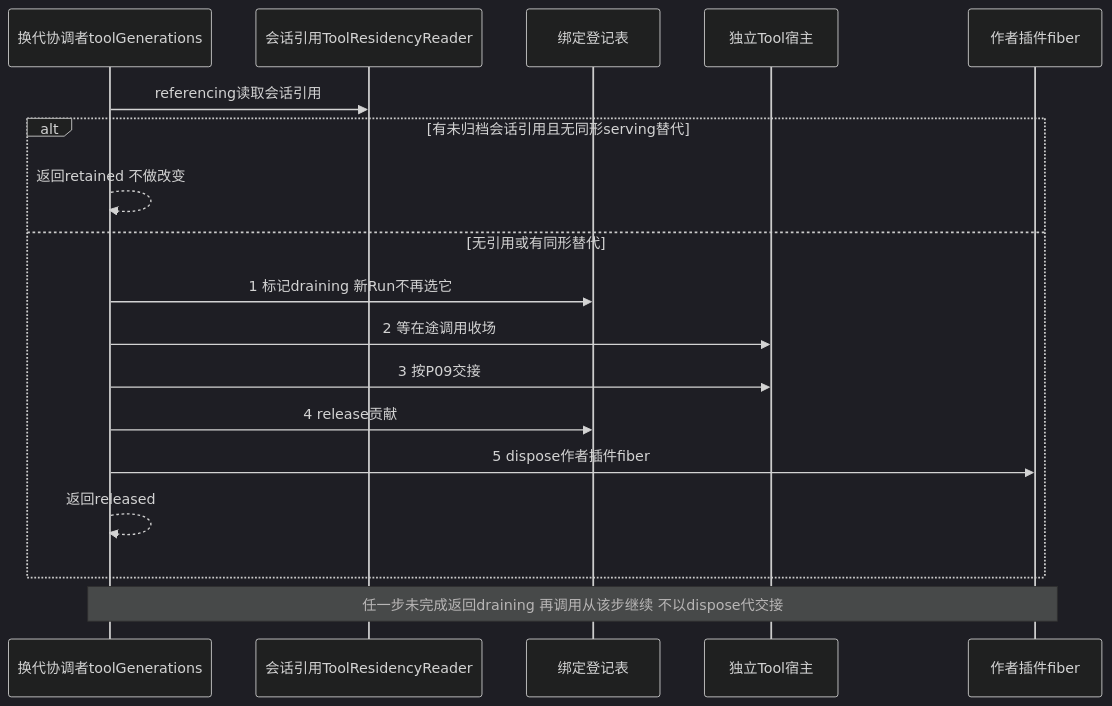
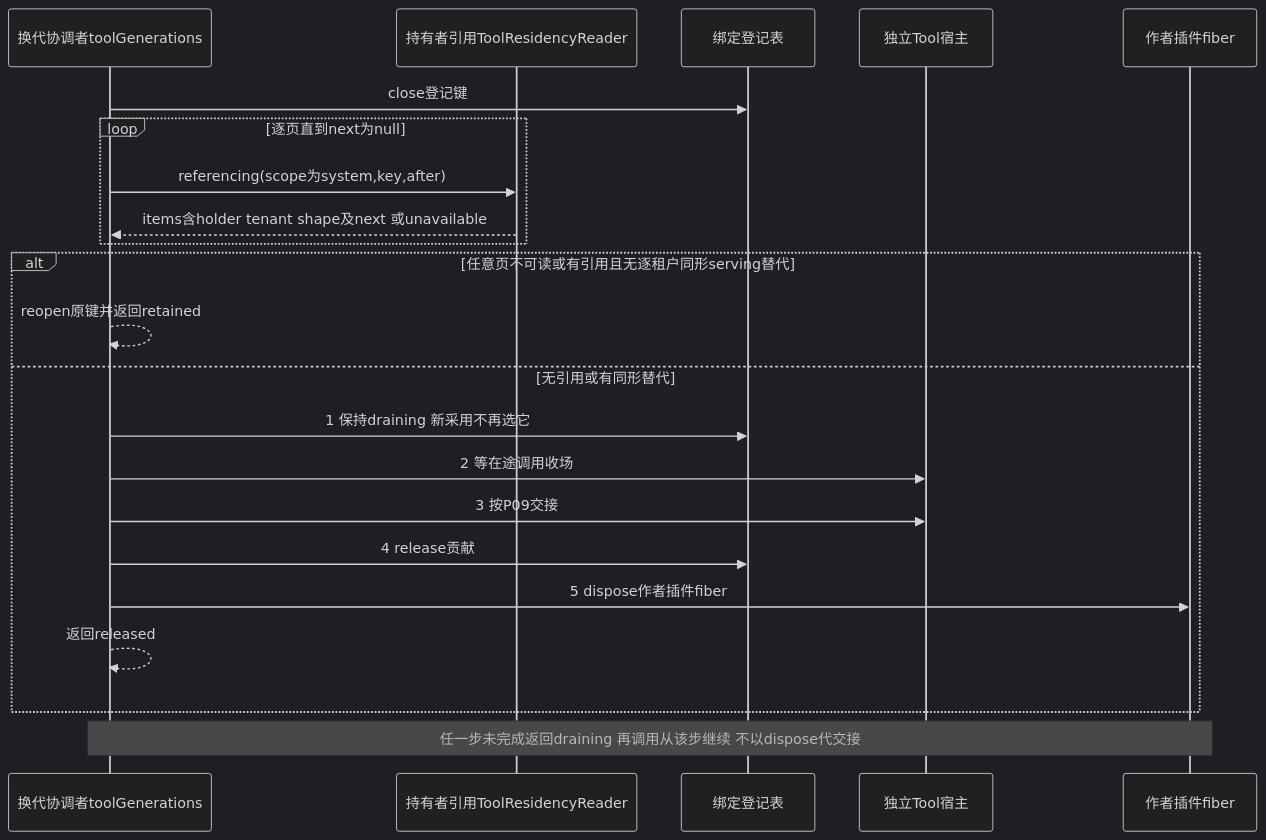
Before and after one commit to nemori-ai/omne-harness-lite: the diagram in packages/tool/tool-host-local/docs/cordis.md, drawn with Mermaid (dark theme). The commit also changed other lines of this file and 10 other files, not shown here.

````diff
--- a/packages/tool/tool-host-local/docs/cordis.md
+++ b/packages/tool/tool-host-local/docs/cordis.md
@@ -63,20 +63,24 @@
 ```mermaid
 sequenceDiagram
     participant G as 换代协调者toolGenerations
-    participant R as 会话引用ToolResidencyReader
+    participant R as 持有者引用ToolResidencyReader
     participant B as 绑定登记表
     participant H as 独立Tool宿主
     participant F as 作者插件fiber
-    G->>R: referencing读取会话引用
-    alt 有未归档会话引用且无同形serving替代
-        G-->>G: 返回retained 不做改变
+    G->>B: close登记键
+    loop 逐页直到next为null
+        G->>R: referencing(scope为system,key,after)
+        R-->>G: items含holder tenant shape及next 或unavailable
+    end
+    alt 任意页不可读或有引用且无逐租户同形serving替代
+        G-->>G: reopen原键并返回retained
     else 无引用或有同形替代
-        G->>B: 1 标记draining 新Run不再选它
+        G->>B: 1 保持draining 新采用不再选它
         G->>H: 2 等在途调用收场
         G->>H: 3 按P09交接
         G->>B: 4 release贡献
         G->>F: 5 dispose作者插件fiber
         G-->>G: 返回released
     end
     Note over G,F: 任一步未完成返回draining 再调用从该步继续 不以dispose代交接
 ```
````
